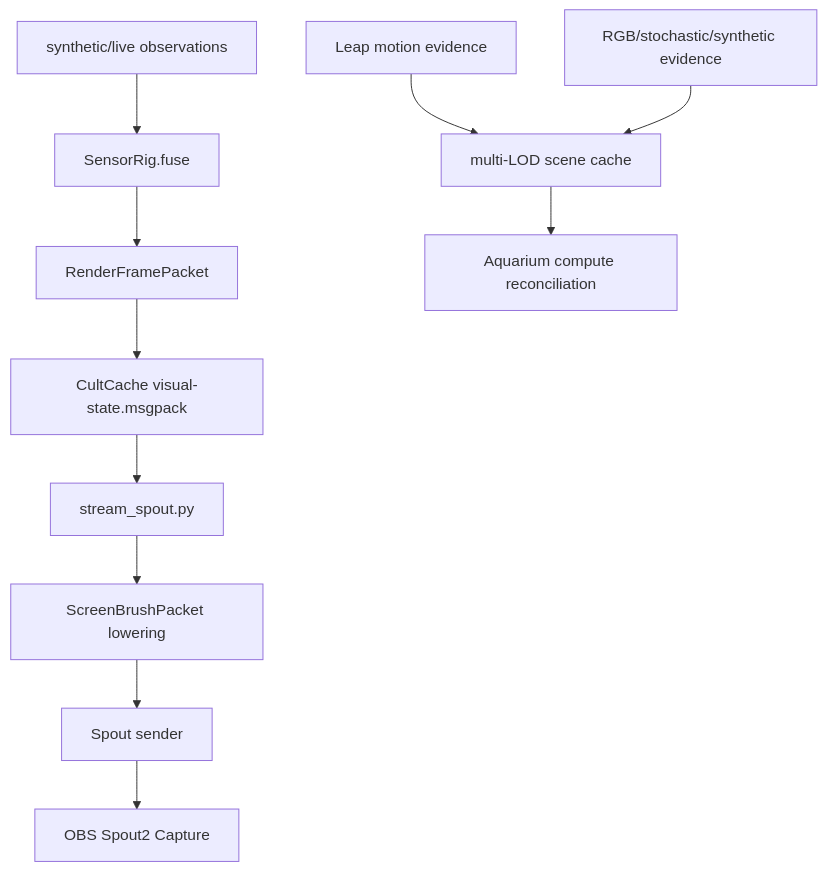
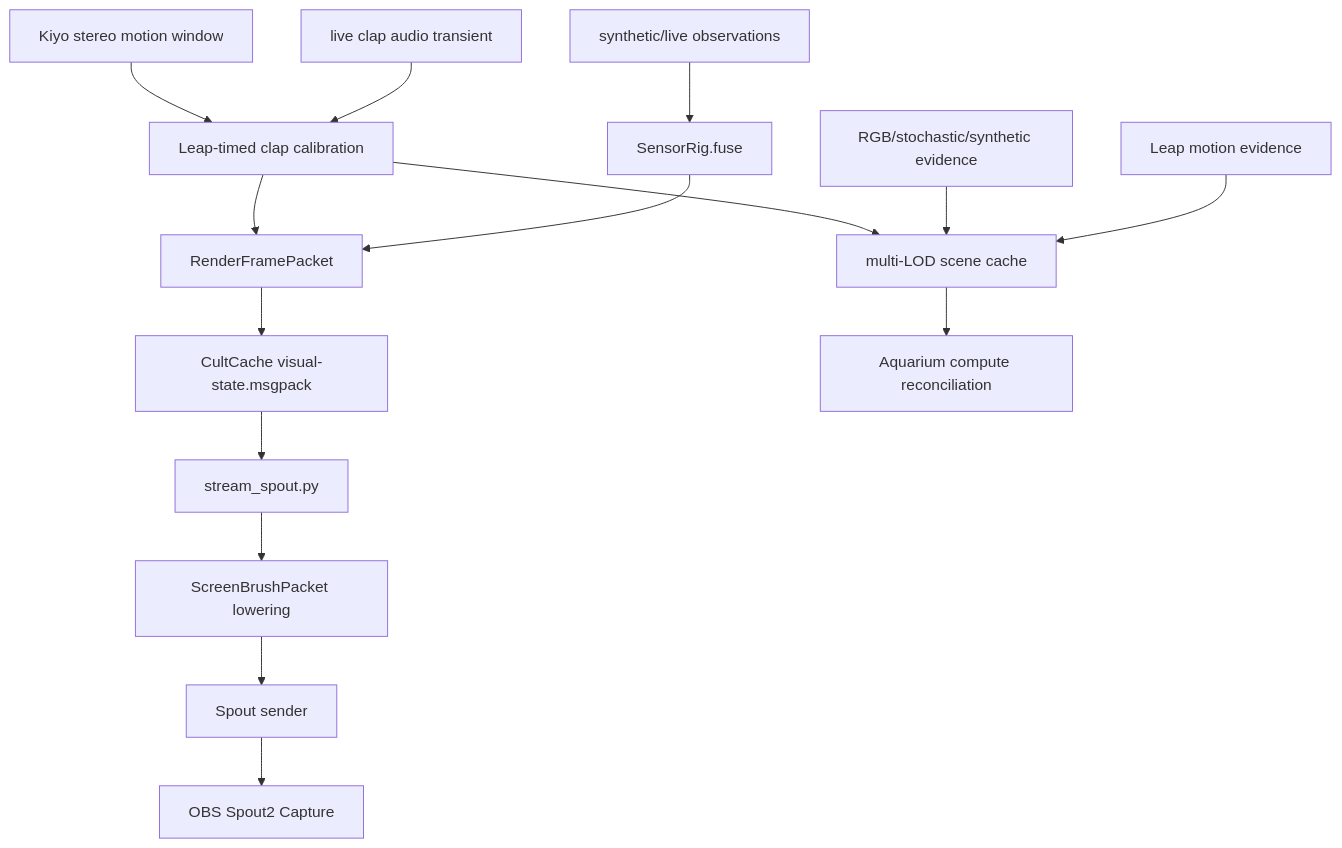
The third of 4 diagrams in notes/current-system-map.md (GameCult/Mimir), drawn with Mermaid before and after one commit. The commit also changed other lines of this file and 5 other files, not shown here.

Commit message:
Wire live clap calibration into sensor fusion

````diff
--- a/notes/current-system-map.md
+++ b/notes/current-system-map.md
@@ -85,13 +85,17 @@
 ```mermaid
 flowchart TD
     A["synthetic/live observations"] --> B["SensorRig.fuse"]
     B --> C["RenderFramePacket"]
     C --> D["CultCache visual-state.msgpack"]
     D --> E["stream_spout.py"]
     E --> F["ScreenBrushPacket lowering"]
     F --> G["Spout sender"]
     G --> H["OBS Spout2 Capture"]
     I["Leap motion evidence"] --> J["multi-LOD scene cache"]
     K["RGB/stochastic/synthetic evidence"] --> J
+    M["live clap audio transient"] --> N["Leap-timed clap calibration"]
+    O["Kiyo stereo motion window"] --> N
+    N --> C
+    N --> J
     J --> L["Aquarium compute reconciliation"]
 ```
````
